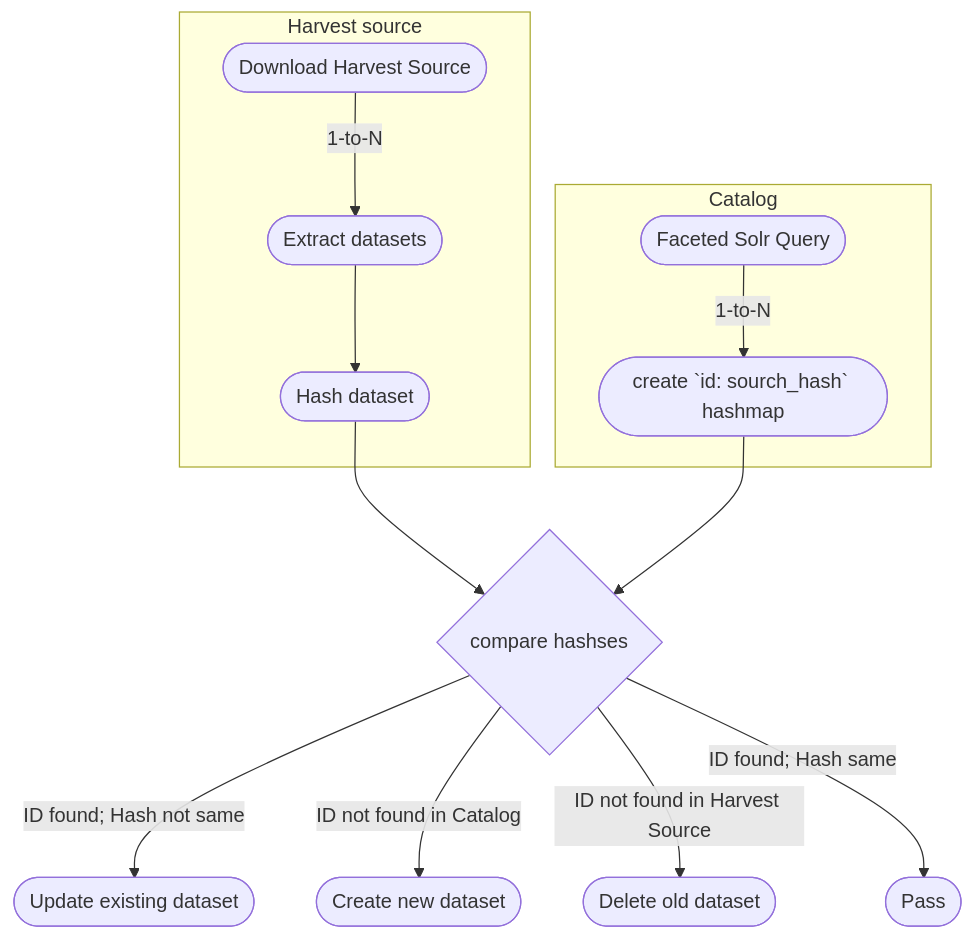
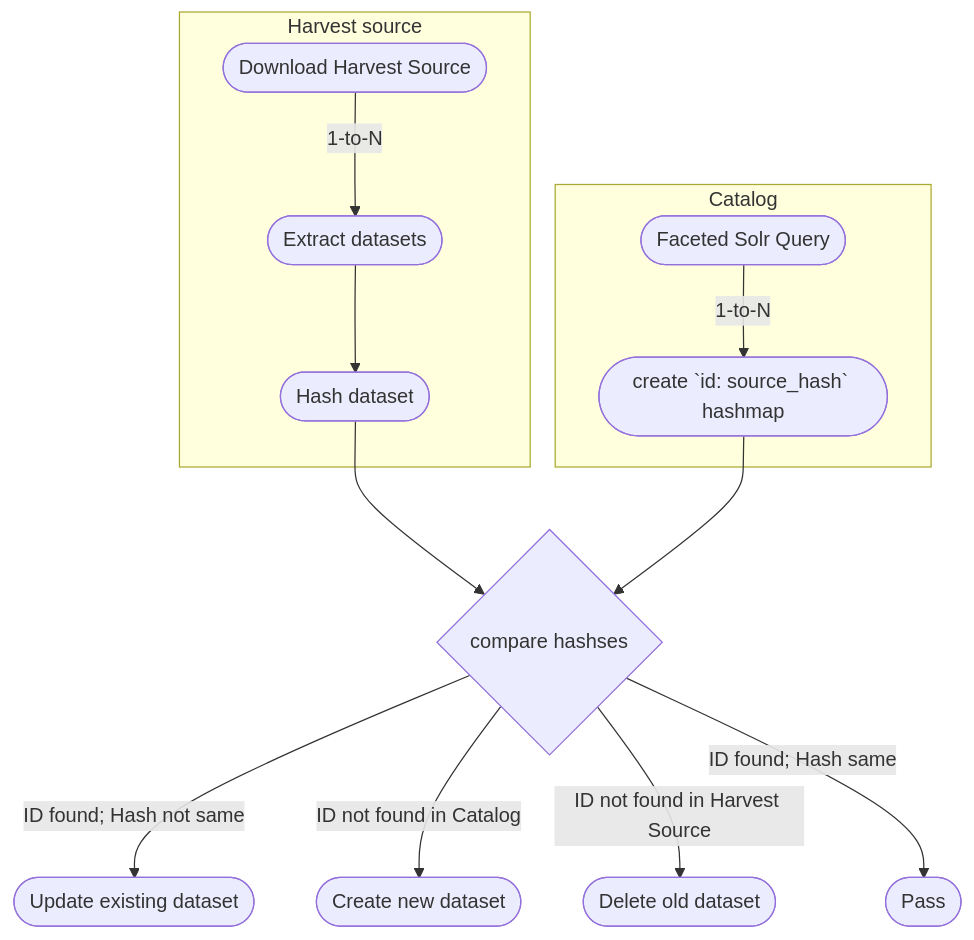
Before and after one commit to GSA/datagov-harvester: the diagram in docs/diagrams/mermaid/src/h20_compare_dcat.md, drawn with Mermaid. The commit also changed 2 other files, not shown here.

````diff
--- a/docs/diagrams/mermaid/src/h20_compare_dcat.md
+++ b/docs/diagrams/mermaid/src/h20_compare_dcat.md
@@ -1,35 +1,35 @@
 ```mermaid
 flowchart TD
 
 subgraph Harvest source
   getHarvest([Download Harvest Source])
   extractHarvest([Extract datasets])
   hashDataset([Hash dataset])
 end
 
 subgraph Catalog
   queryCKAN([Faceted Solr Query])
-  extractHash([create `id: sourch_hash` hashmap])
+  extractHash([create `id: source_hash` hashmap])
 end
 
 %% Operations
   compareHash{compare hashses}
   createDataset([Create new dataset])
   deleteDataset([Delete old dataset])
   updateDataset([Update existing dataset])
 
 
 %% flow  
   getHarvest -- 1-to-N --> extractHarvest
   extractHarvest --> hashDataset
   hashDataset --> compareHash
   
   queryCKAN -- 1-to-N --> extractHash
   extractHash --> compareHash
 
   
   compareHash -- ID found; Hash not same --> updateDataset
   compareHash -- ID not found in Catalog --> createDataset
   compareHash -- ID not found in Harvest Source --> deleteDataset
   compareHash -- ID found; Hash same --> Pass([Pass])
 ```
````
